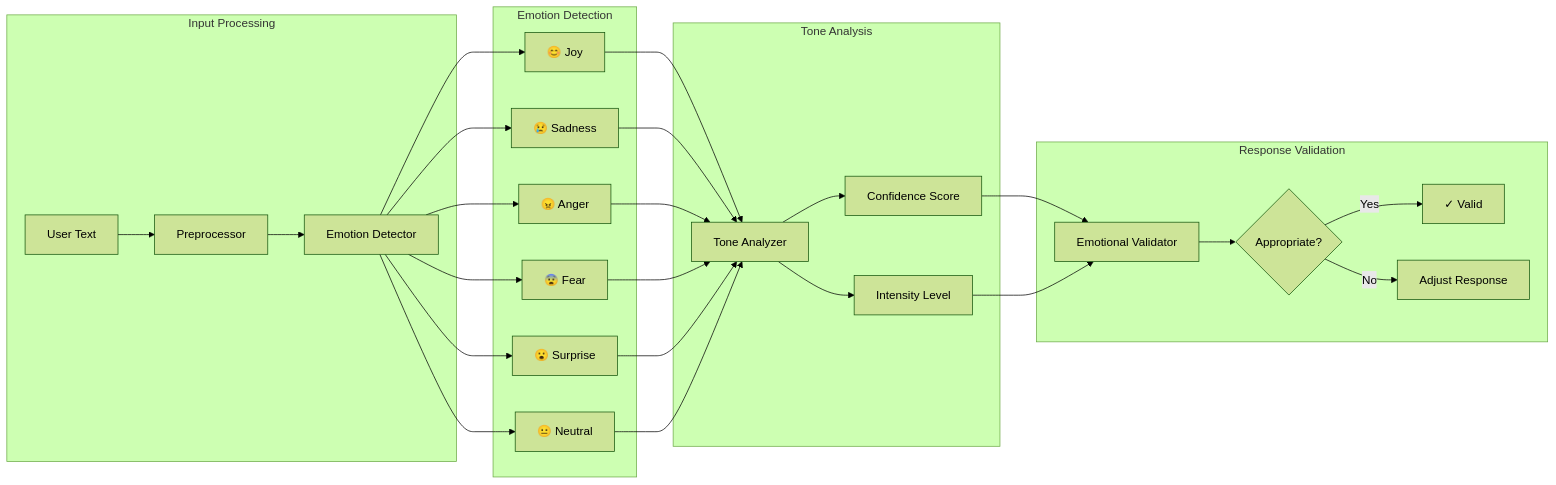
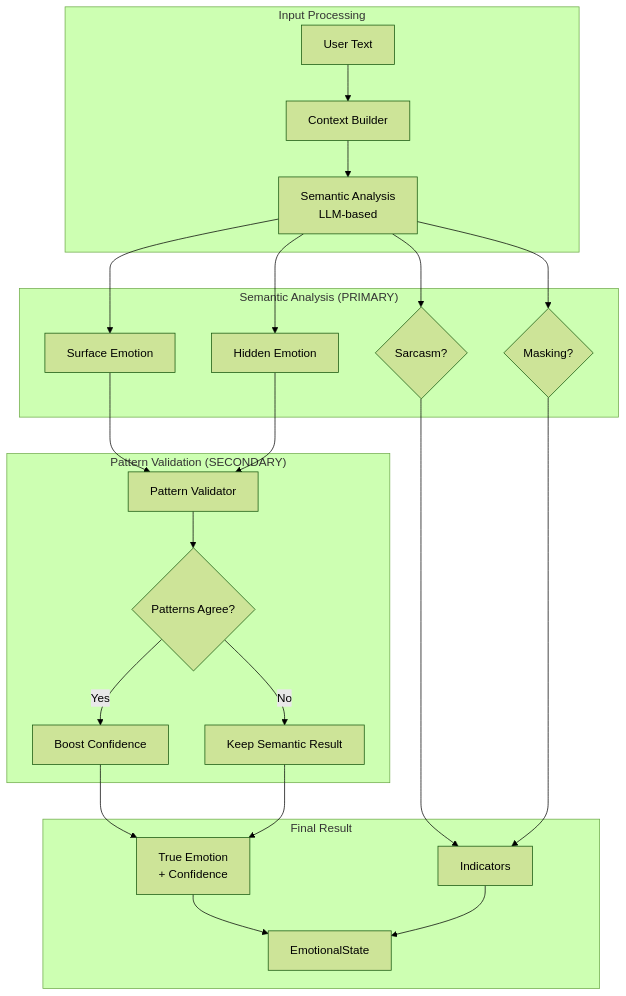
Before and after one commit to lazarevtill/Morgan: the eighth of 19 diagrams in morgan-rag/docs/ARCHITECTURE.md, drawn with Mermaid (forest theme). The commit also changed other lines of this file and 204 other files, not shown here.

First line of the commit message:
feat: Implement semantic-first emotional intelligence architecture

````diff
--- a/morgan-rag/docs/ARCHITECTURE.md
+++ b/morgan-rag/docs/ARCHITECTURE.md
@@ -373,29 +386,27 @@
 ```mermaid
-flowchart LR
+flowchart TD
     subgraph Input["Input Processing"]
-        T[User Text] --> PP[Preprocessor]
-        PP --> ED[Emotion Detector]
+        T[User Text] --> CTX[Context Builder]
+        CTX --> SEM[Semantic Analysis<br/>LLM-based]
     end
-    
-    subgraph Detection["Emotion Detection"]
-        ED --> Joy[😊 Joy]
-        ED --> Sad[😢 Sadness]
-        ED --> Ang[😠 Anger]
-        ED --> Fear[😨 Fear]
-        ED --> Sur[😮 Surprise]
-        ED --> Neu[😐 Neutral]
+
+    subgraph SemanticAnalysis["Semantic Analysis (PRIMARY)"]
+        SEM --> Surface[Surface Emotion]
+        SEM --> Hidden[Hidden Emotion]
+        SEM --> Sarcasm{Sarcasm?}
+        SEM --> Masking{Masking?}
     end
-    
-    subgraph Analysis["Tone Analysis"]
-        Joy & Sad & Ang & Fear & Sur & Neu --> TA[Tone Analyzer]
-        TA --> Conf[Confidence Score]
-        TA --> Intensity[Intensity Level]
+
+    subgraph PatternValidation["Pattern Validation (SECONDARY)"]
+        Surface & Hidden --> PV[Pattern Validator]
+        PV --> Agree{Patterns Agree?}
+        Agree -->|Yes| Boost[Boost Confidence]
+        Agree -->|No| Keep[Keep Semantic Result]
     end
-    
-    subgraph Validation["Response Validation"]
-        Conf & Intensity --> EV[Emotional Validator]
-        EV --> Appropriate{Appropriate?}
-        Appropriate -->|Yes| Pass[✓ Valid]
-        Appropriate -->|No| Adjust[Adjust Response]
+
+    subgraph Output["Final Result"]
+        Boost & Keep --> Final[True Emotion<br/>+ Confidence]
+        Sarcasm & Masking --> Indicators[Indicators]
+        Final & Indicators --> Result[EmotionalState]
     end
 ```
````
